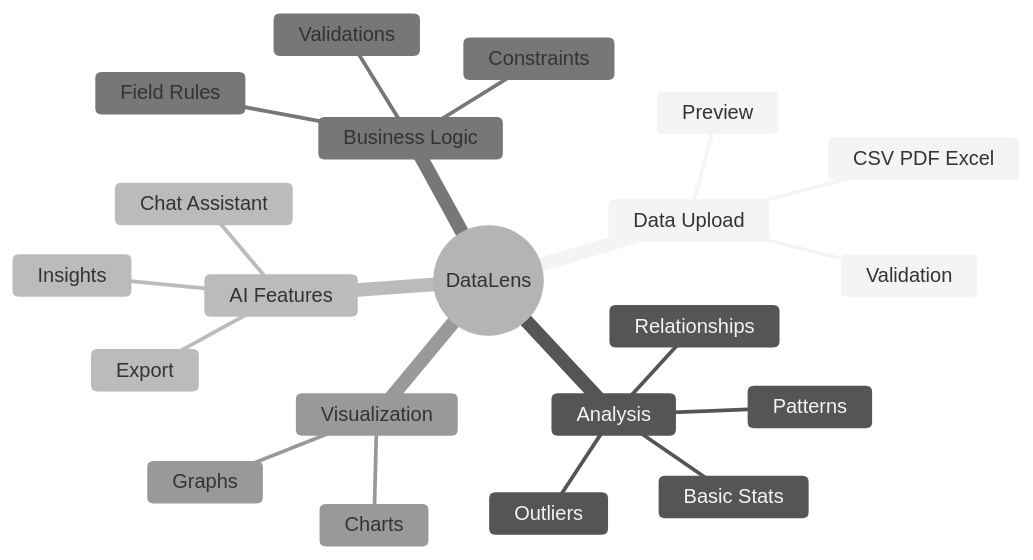
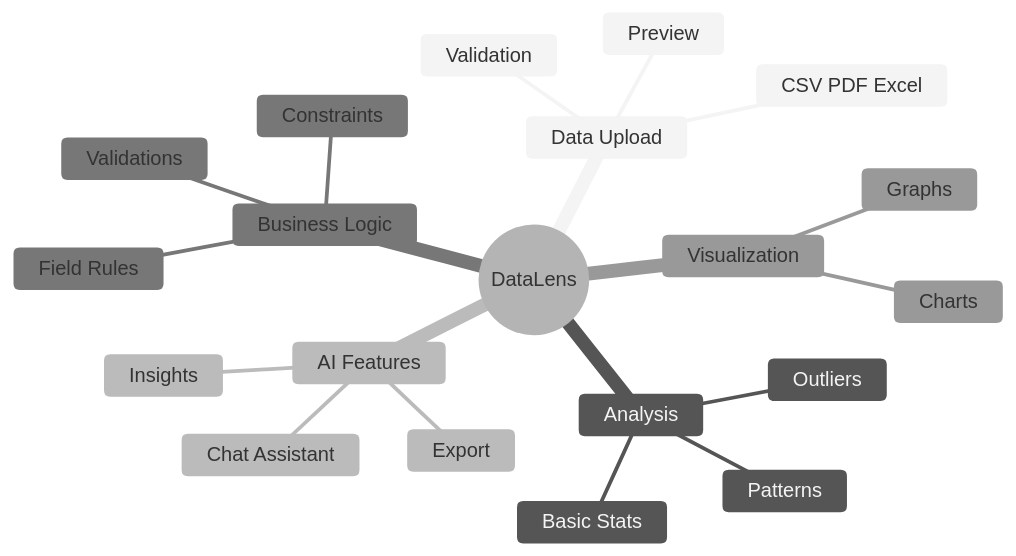
Before and after one commit to nishant14763/datalens: the ninth of 11 diagrams in presentation.md, drawn with Mermaid (neutral theme).

Commit message:
Remove 'Relationships' from analysis section
Removed 'Relationships' section from the analysis.

````diff
--- a/presentation.md
+++ b/presentation.md
@@ -224,24 +224,23 @@
 ```mermaid
 mindmap
     root((DataLens))
         Data Upload
             CSV PDF Excel
             Validation
             Preview
         Analysis
             Basic Stats
             Patterns
             Outliers
-            Relationships
         AI Features
             Chat Assistant
             Insights
             Export
         Business Logic
             Field Rules
             Validations
             Constraints
         Visualization
             Charts
             Graphs
 ```
````
